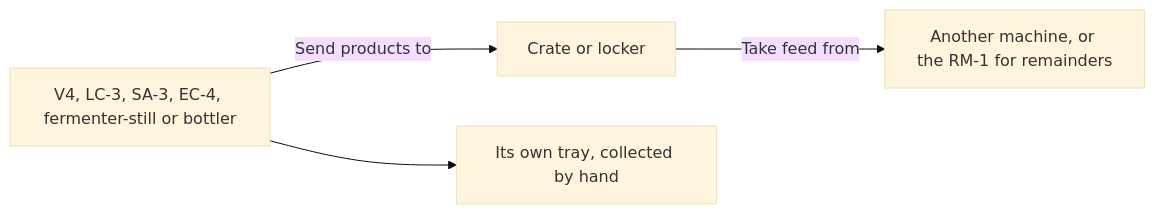
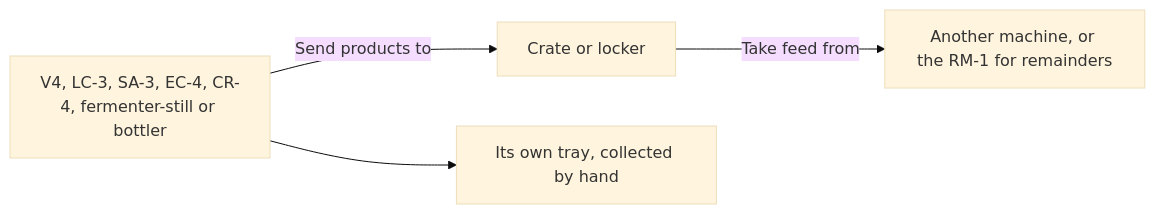
Before and after one commit to phobos-dthorga/phobos-ostranauts: the second of 3 diagrams in docs/automatic-material-routing.md, drawn with Mermaid (base theme). The commit also changed other lines of this file and 71 other files, not shown here.

````diff
--- a/docs/automatic-material-routing.md
+++ b/docs/automatic-material-routing.md
@@ -95,6 +95,6 @@
 ```mermaid
 flowchart LR
-    Machine["V4, LC-3, SA-3, EC-4, fermenter-still or bottler"] -->|Send products to| Store["Crate or locker"]
+    Machine["V4, LC-3, SA-3, EC-4, CR-4, fermenter-still or bottler"] -->|Send products to| Store["Crate or locker"]
     Store -->|Take feed from| Next["Another machine, or the RM-1 for remainders"]
     Machine --> Tray["Its own tray, collected by hand"]
 ```
````
